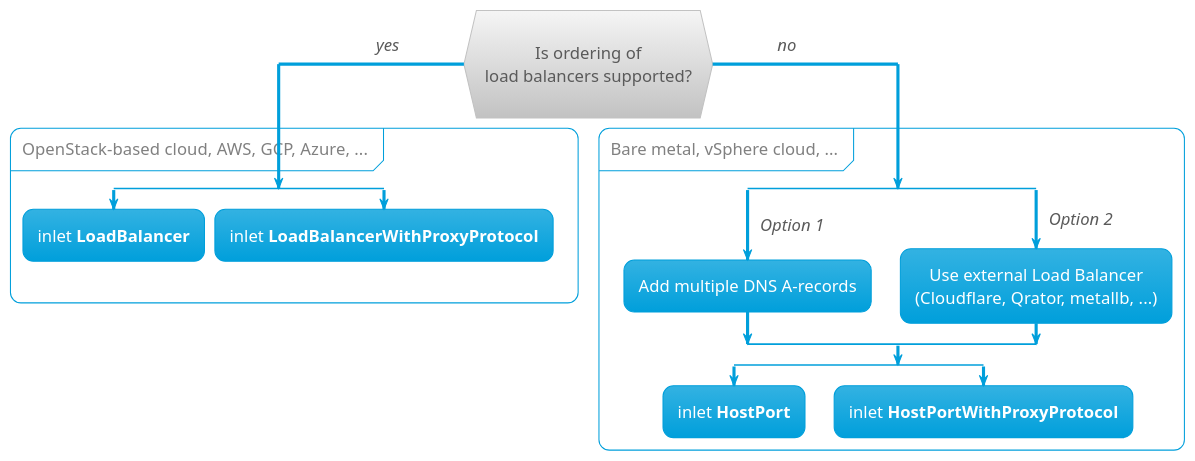
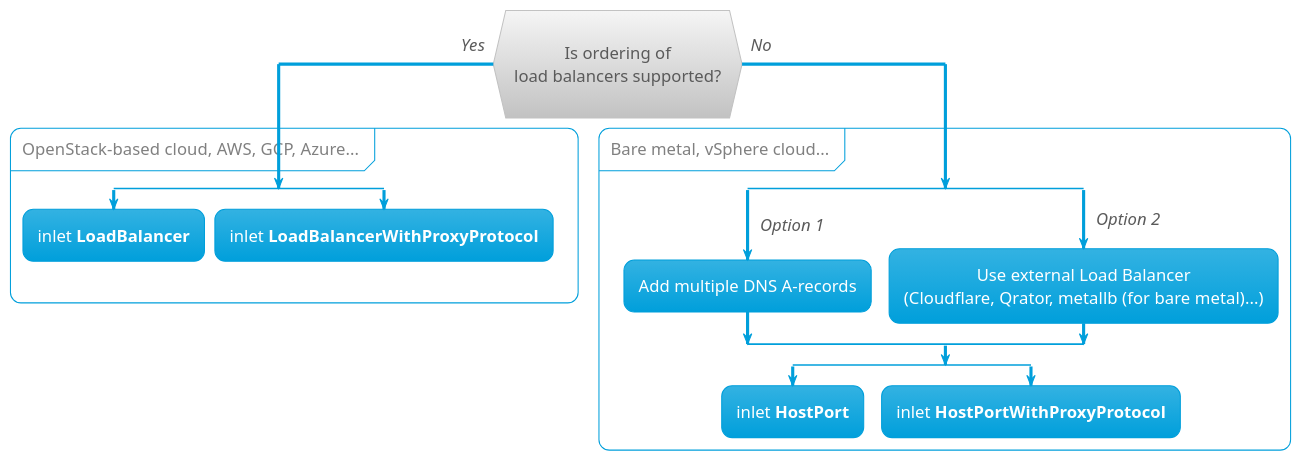
Before and after one commit to deckhouse/deckhouse: the diagram in docs/site/pages/guides/ingress-inlet.puml, drawn with PlantUML. The commit also changed 3 other files, not shown here.

Commit message:
[guide] Update LB diagram

```diff
--- a/docs/site/pages/guides/ingress-inlet.puml
+++ b/docs/site/pages/guides/ingress-inlet.puml
@@ -1,40 +1,40 @@
 @startuml
 
 !theme bluegray
 skinparam DefaultFontSize 16
 skinparam handwritten false
 skinparam ArrowFontStyle italic
 skinparam DefaultTextAlignment center
 skinparam PartitionFontColor grey
 skinparam backgroundColor transparent
 
-if (\nIs ordering of\nload balancers supported?\n) then (yes             )
-partition OpenStack-based cloud, AWS, GCP, Azure, ... {
+if (\nIs ordering of\nload balancers supported?\n) then (Yes)
+partition OpenStack-based cloud, AWS, GCP, Azure... {
   split
     :inlet **LoadBalancer**;
      kill
   split again
     :inlet **LoadBalancerWithProxyProtocol**;
     kill
   end split
   }
-else (             no)
-partition Bare metal, vSphere cloud, ... {
+else (No)
+partition Bare metal, vSphere cloud... {
   split
     ->Option 1;
     :Add multiple DNS A-records;
   split again
     ->Option 2;
     :Use external Load Balancer
-    (Cloudflare, Qrator, metallb, ...);
+    (Cloudflare, Qrator, metallb (for bare metal)...);
   end split
   split
      :inlet **HostPort**;
      kill
   split again
     :inlet **HostPortWithProxyProtocol**;
     kill
   end split
   }
 endif
 @enduml
```
